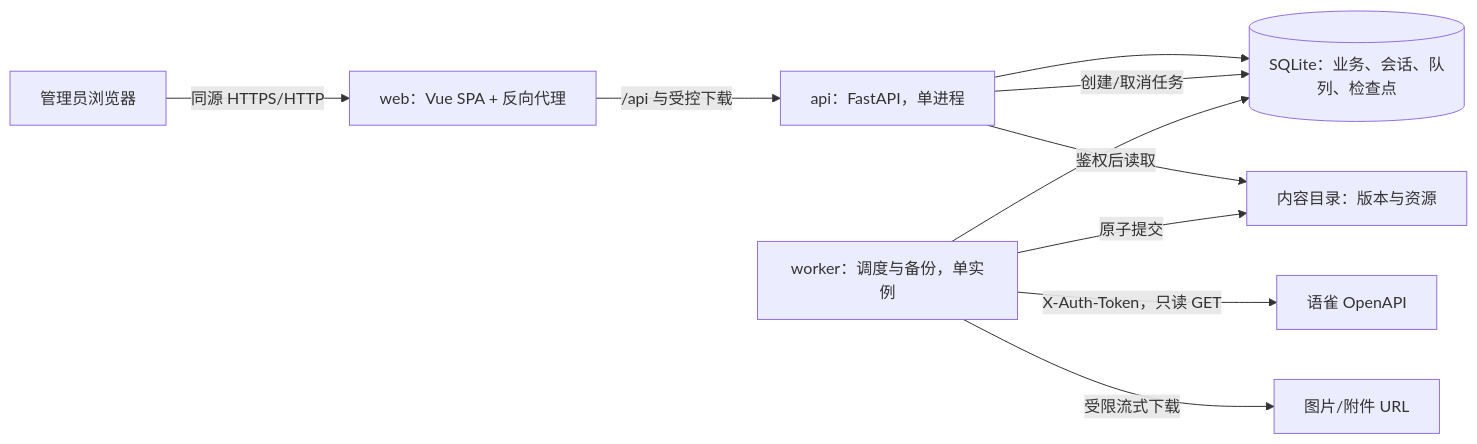
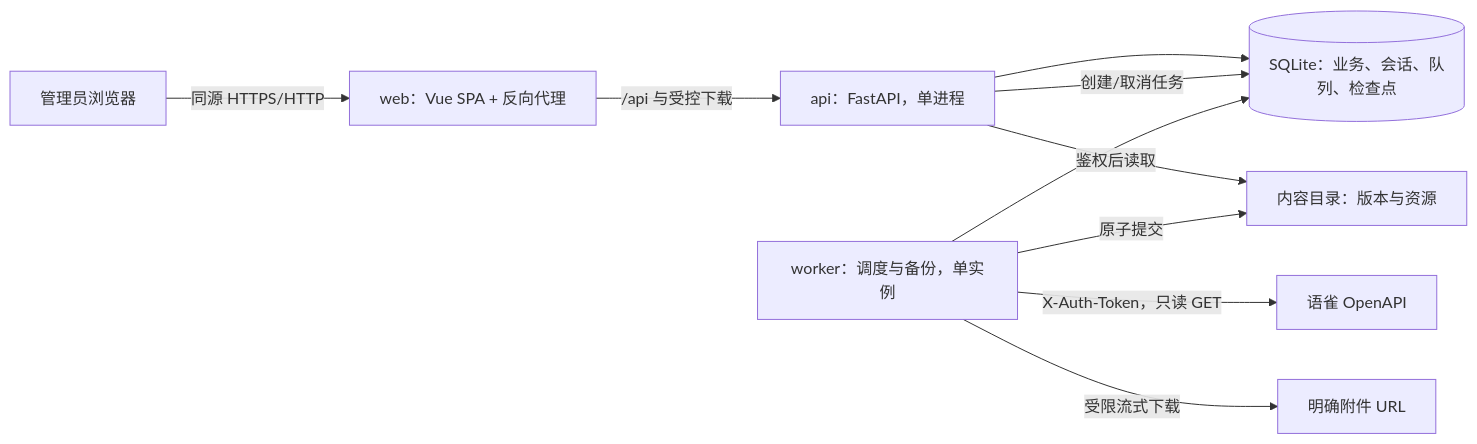
Before and after one commit to Im-oldxu/yuque_backup: the diagram in 技术方案文档.md, drawn with Mermaid. The commit also changed other lines of this file and 54 other files, not shown here.

````diff
--- a/技术方案文档.md
+++ b/技术方案文档.md
@@ -77,12 +77,12 @@
 ```mermaid
 flowchart LR
     B["管理员浏览器"] -->|"同源 HTTPS/HTTP"| W["web：Vue SPA + 反向代理"]
     W -->|"/api 与受控下载"| A["api：FastAPI，单进程"]
     A --> DB[("SQLite：业务、会话、队列、检查点")]
     A -->|"鉴权后读取"| FS["内容目录：版本与资源"]
     A -->|"创建/取消任务"| DB
     K["worker：调度与备份，单实例"] --> DB
     K -->|"原子提交"| FS
     K -->|"X-Auth-Token，只读 GET"| Y["语雀 OpenAPI"]
-    K -->|"受限流式下载"| R["图片/附件 URL"]
+    K -->|"受限流式下载"| R["明确附件 URL"]
 ```
````
